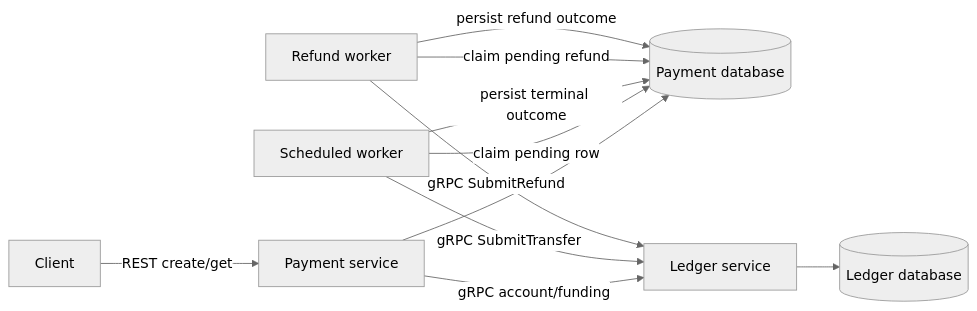
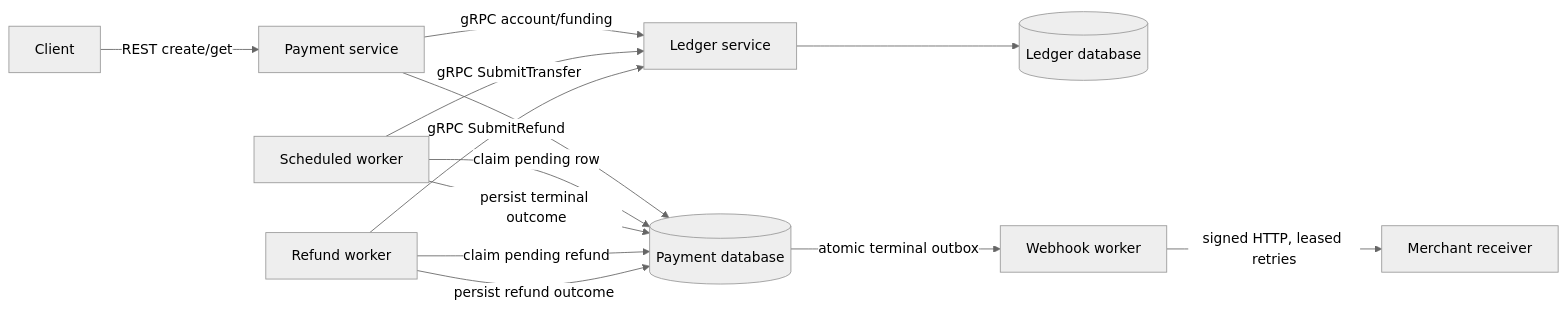
Before and after one commit to nikhilsaravanan/payment-platform: the diagram in README.md, drawn with Mermaid (neutral theme). The commit also changed other lines of this file and 5 other files, not shown here.

Commit message:
build: prepare signed webhook milestone v0.4.0

````diff
--- a/README.md
+++ b/README.md
@@ -149,13 +246,15 @@
 ```mermaid
 flowchart LR
     Client -->|REST create/get| Payment[Payment service]
     Payment --> PDB[(Payment database)]
     Payment -->|gRPC account/funding| Ledger[Ledger service]
     Worker[Scheduled worker] -->|claim pending row| PDB
     Worker -->|gRPC SubmitTransfer| Ledger
     Ledger --> LDB[(Ledger database)]
     Worker -->|persist terminal outcome| PDB
     RefundWorker[Refund worker] -->|claim pending refund| PDB
     RefundWorker -->|gRPC SubmitRefund| Ledger
     RefundWorker -->|persist refund outcome| PDB
+    PDB -->|atomic terminal outbox| Webhooks[Webhook worker]
+    Webhooks -->|signed HTTP, leased retries| Merchant[Merchant receiver]
 ```
````
